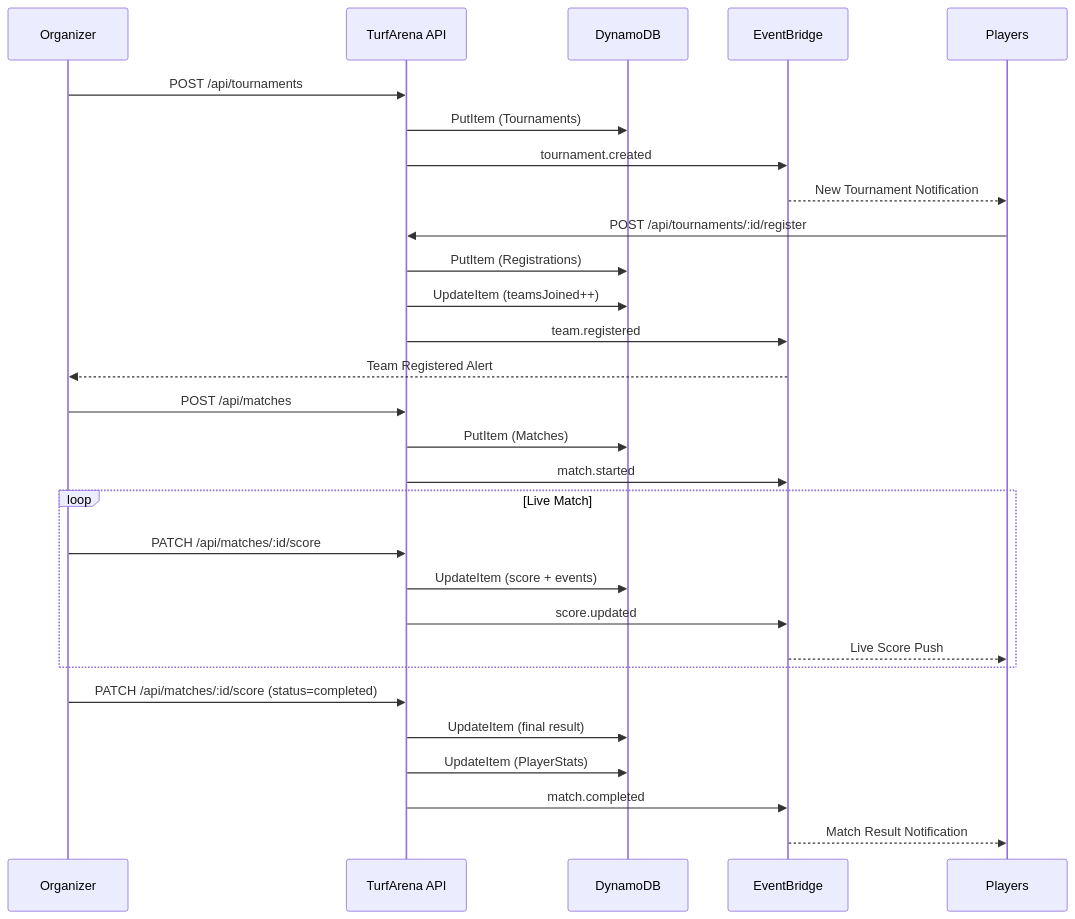
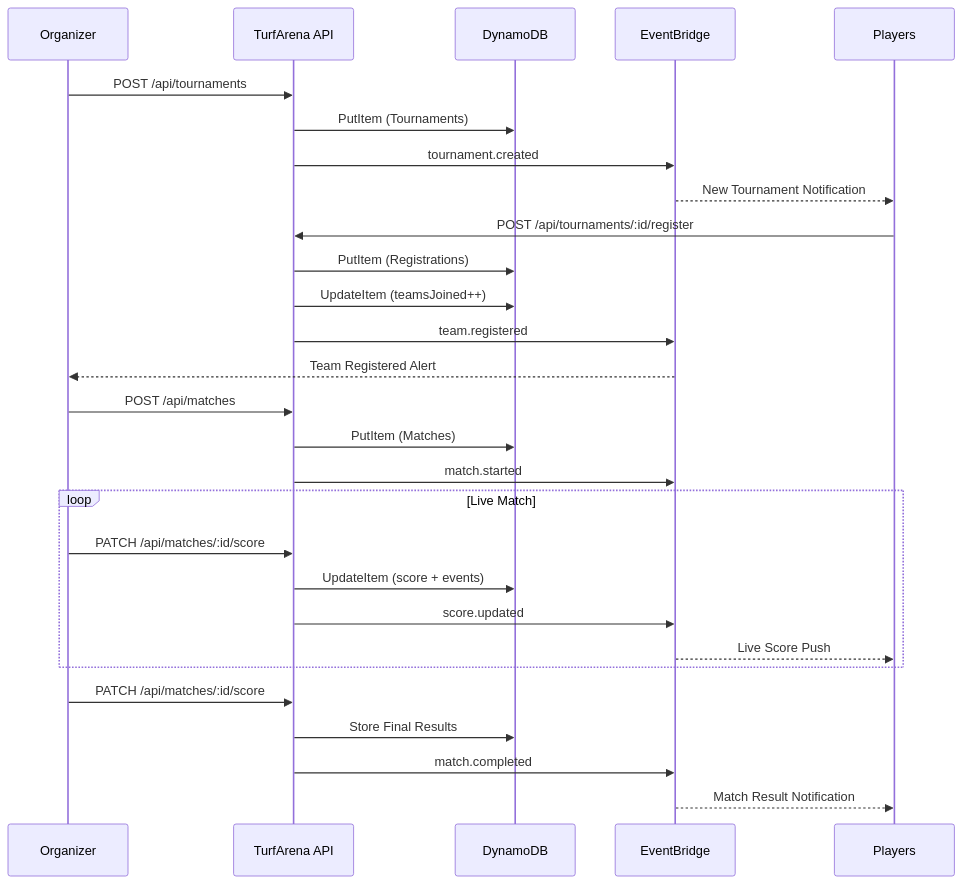
Before and after one commit to dineshrajdhanapathyDD/TurfArena: the fifth of 10 diagrams in README.md, drawn with Mermaid. The commit also changed other lines of this file and 1 other file, not shown here.

````diff
--- a/README.md
+++ b/README.md
@@ -106,36 +251,35 @@
 ```mermaid
 sequenceDiagram
     participant O as Organizer
     participant App as TurfArena API
     participant DB as DynamoDB
     participant EB as EventBridge
     participant P as Players
 
     O->>App: POST /api/tournaments
     App->>DB: PutItem (Tournaments)
     App->>EB: tournament.created
     EB-->>P: New Tournament Notification
 
     P->>App: POST /api/tournaments/:id/register
     App->>DB: PutItem (Registrations)
     App->>DB: UpdateItem (teamsJoined++)
     App->>EB: team.registered
     EB-->>O: Team Registered Alert
 
     O->>App: POST /api/matches
     App->>DB: PutItem (Matches)
     App->>EB: match.started
 
     loop Live Match
         O->>App: PATCH /api/matches/:id/score
         App->>DB: UpdateItem (score + events)
         App->>EB: score.updated
         EB-->>P: Live Score Push
     end
 
-    O->>App: PATCH /api/matches/:id/score (status=completed)
-    App->>DB: UpdateItem (final result)
-    App->>DB: UpdateItem (PlayerStats)
+    O->>App: PATCH /api/matches/:id/score
+    App->>DB: Store Final Results
     App->>EB: match.completed
     EB-->>P: Match Result Notification
 ```
````
